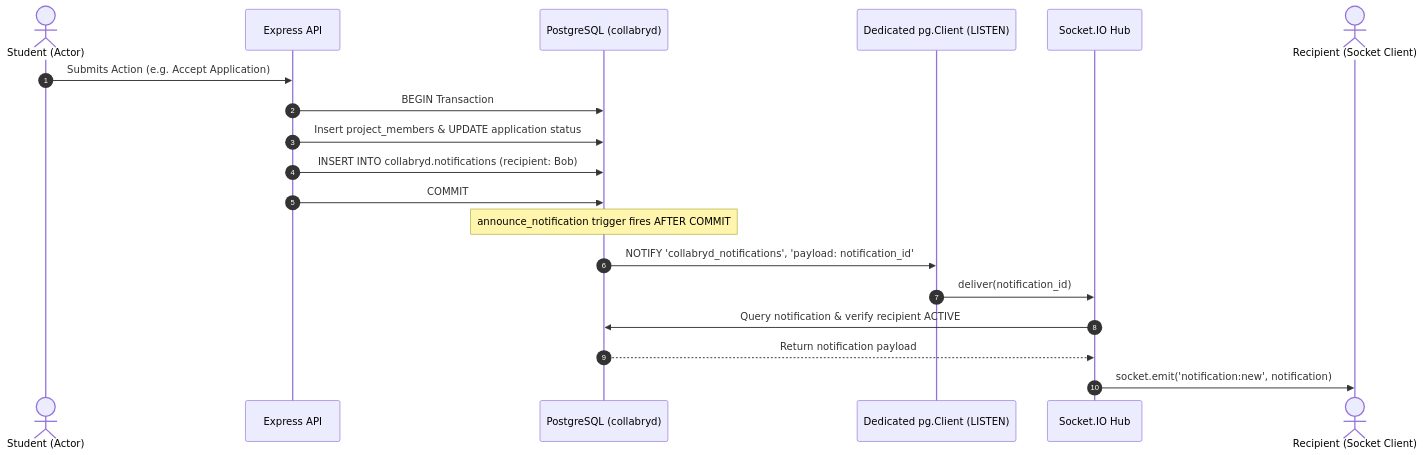
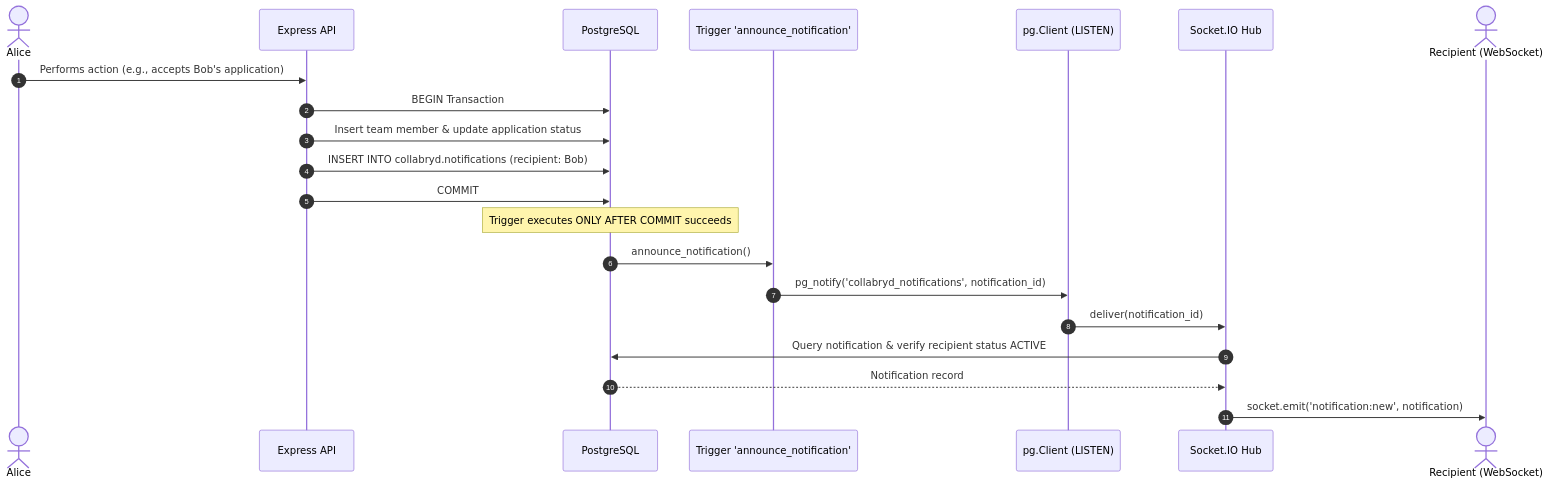
One commit to khanakjain511/Collabryd changed the fourth of 4 diagrams in docs/BACKEND_ARCHITECTURE.md. Above: the diagram before and after it, drawn with Mermaid. The commit also changed other lines of this file, not shown here.

Commit message:
docs: expand BACKEND_ARCHITECTURE.md with exhaustive endpoint catalog and logic citations

````diff
--- a/docs/BACKEND_ARCHITECTURE.md
+++ b/docs/BACKEND_ARCHITECTURE.md
@@ -312,22 +180,24 @@
 ```mermaid
 sequenceDiagram
     autonumber
-    actor Alice as Student (Actor)
+    actor Alice
     participant API as Express API
-    participant PG as PostgreSQL (collabryd)
-    participant Listener as Dedicated pg.Client (LISTEN)
-    participant Socket as Socket.IO Hub
-    actor Bob as Recipient (Socket Client)
+    participant PG as PostgreSQL
+    participant Trigger as Trigger 'announce_notification'
+    participant Listener as pg.Client (LISTEN)
+    participant SocketServer as Socket.IO Hub
+    actor Bob as Recipient (WebSocket)
 
-    Alice->>API: Submits Action (e.g. Accept Application)
+    Alice->>API: Performs action (e.g., accepts Bob's application)
     API->>PG: BEGIN Transaction
-    API->>PG: Insert project_members & UPDATE application status
+    API->>PG: Insert team member & update application status
     API->>PG: INSERT INTO collabryd.notifications (recipient: Bob)
     API->>PG: COMMIT
-    Note over PG: announce_notification trigger fires AFTER COMMIT
-    PG->>Listener: NOTIFY 'collabryd_notifications', 'payload: notification_id'
-    Listener->>Socket: deliver(notification_id)
-    Socket->>PG: Query notification & verify recipient ACTIVE
-    PG-->>Socket: Return notification payload
-    Socket->>Bob: socket.emit('notification:new', notification)
+    Note over PG: Trigger executes ONLY AFTER COMMIT succeeds
+    PG->>Trigger: announce_notification()
+    Trigger->>Listener: pg_notify('collabryd_notifications', notification_id)
+    Listener->>SocketServer: deliver(notification_id)
+    SocketServer->>PG: Query notification & verify recipient status ACTIVE
+    PG-->>SocketServer: Notification record
+    SocketServer->>Bob: socket.emit('notification:new', notification)
 ```
````
